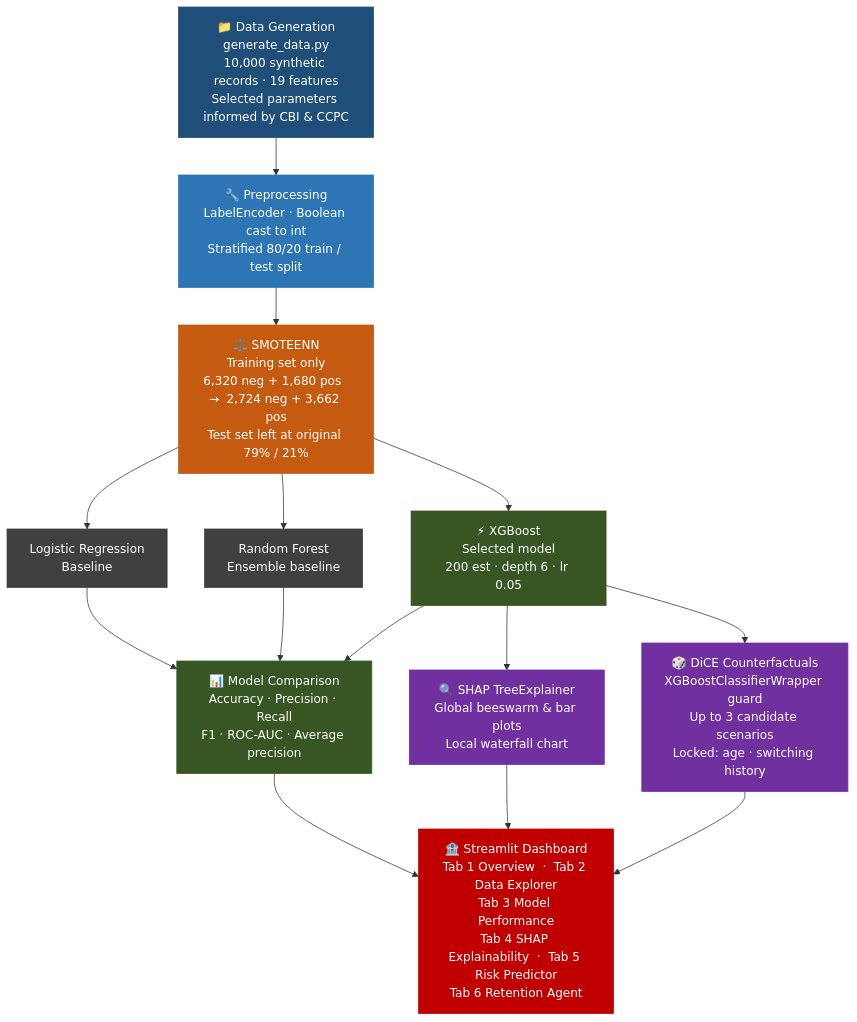
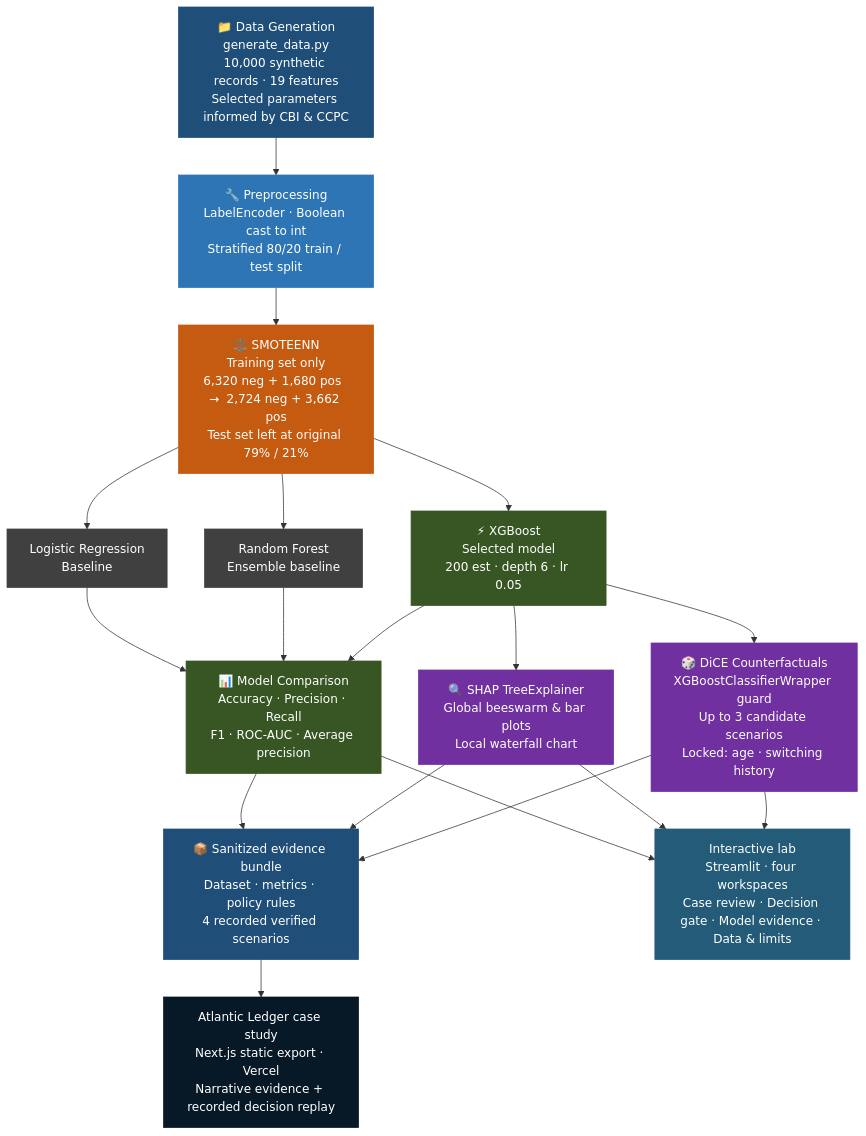
The first of 2 diagrams in README.md (abinashprasana/irish-banking-churn), drawn with Mermaid before and after one commit. The commit also changed other lines of this file and 2 other files, not shown here.

Commit message:
refactor: pivot to Atlantic Ledger branding, add Next.js documentation shell, and update LLM runtime to Qwen 3.6 27B

````diff
--- a/README.md
+++ b/README.md
@@ -65,30 +69,36 @@
 ```mermaid
 flowchart TD
     A["📁 Data Generation\ngenerate_data.py\n10,000 synthetic records · 19 features\nSelected parameters informed by CBI & CCPC"]
     B["🔧 Preprocessing\nLabelEncoder · Boolean cast to int\nStratified 80/20 train / test split"]
     C["⚖️ SMOTEENN\nTraining set only\n6,320 neg + 1,680 pos  →  2,724 neg + 3,662 pos\nTest set left at original 79% / 21%"]
     D1["Logistic Regression\nBaseline"]
     D2["Random Forest\nEnsemble baseline"]
     D3["⚡ XGBoost\nSelected model\n200 est · depth 6 · lr 0.05"]
     E["📊 Model Comparison\nAccuracy · Precision · Recall\nF1 · ROC-AUC · Average precision"]
     F1["🔍 SHAP TreeExplainer\nGlobal beeswarm & bar plots\nLocal waterfall chart"]
     F2["🎲 DiCE Counterfactuals\nXGBoostClassifierWrapper guard\nUp to 3 candidate scenarios\nLocked: age · switching history"]
-    G["🏦 Streamlit Dashboard\nTab 1 Overview  ·  Tab 2 Data Explorer\nTab 3 Model Performance\nTab 4 SHAP Explainability  ·  Tab 5 Risk Predictor\nTab 6 Retention Agent"]
+    H["📦 Sanitized evidence bundle\nDataset · metrics · policy rules\n4 recorded verified scenarios"]
+    G["Atlantic Ledger case study\nNext.js static export · Vercel\nNarrative evidence + recorded decision replay"]
+    I["Interactive lab\nStreamlit · four workspaces\nCase review · Decision gate · Model evidence · Data & limits"]
 
     A --> B --> C
     C --> D1 & D2 & D3
     D1 & D2 & D3 --> E
     D3 --> F1 & F2
-    E & F1 & F2 --> G
+    E & F1 & F2 --> H
+    H --> G
+    E & F1 & F2 --> I
 
     style A fill:#1f4e79,color:#ffffff,stroke:#1f4e79
     style B fill:#2e75b6,color:#ffffff,stroke:#2e75b6
     style C fill:#c55a11,color:#ffffff,stroke:#c55a11
     style D1 fill:#404040,color:#ffffff,stroke:#404040
     style D2 fill:#404040,color:#ffffff,stroke:#404040
     style D3 fill:#375623,color:#ffffff,stroke:#375623
     style E fill:#375623,color:#ffffff,stroke:#375623
     style F1 fill:#7030a0,color:#ffffff,stroke:#7030a0
     style F2 fill:#7030a0,color:#ffffff,stroke:#7030a0
-    style G fill:#c00000,color:#ffffff,stroke:#c00000
+    style H fill:#1f4e79,color:#ffffff,stroke:#1f4e79
+    style G fill:#071827,color:#ffffff,stroke:#071827
+    style I fill:#245b78,color:#ffffff,stroke:#245b78
 ```
````
